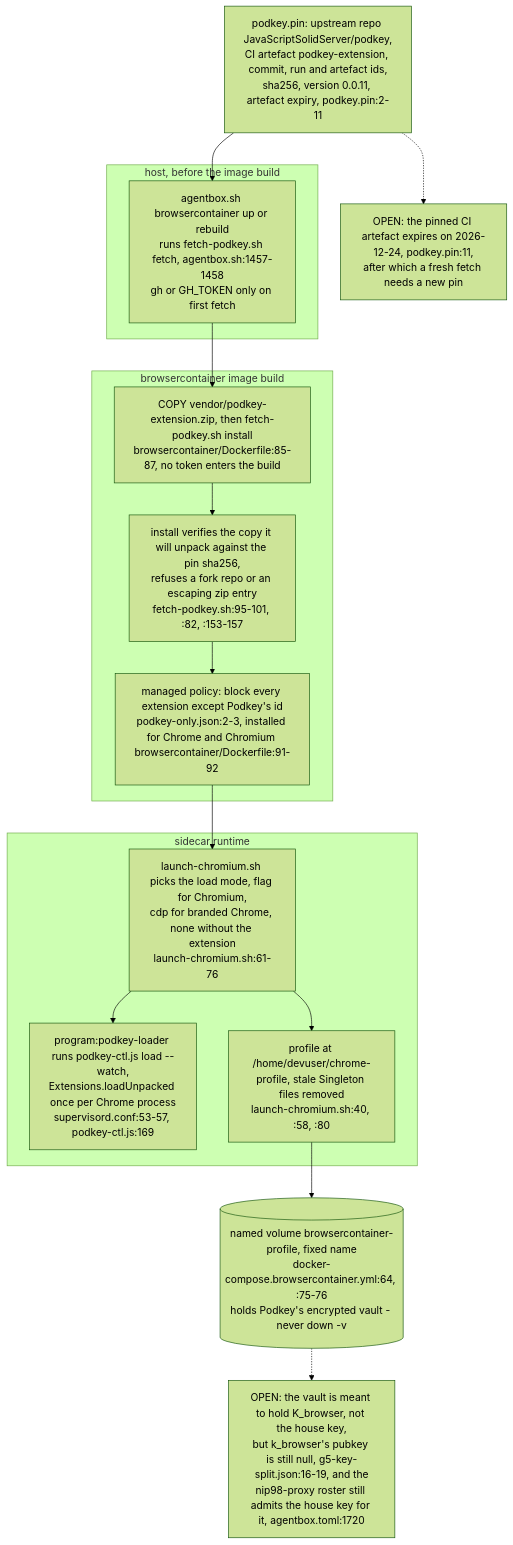
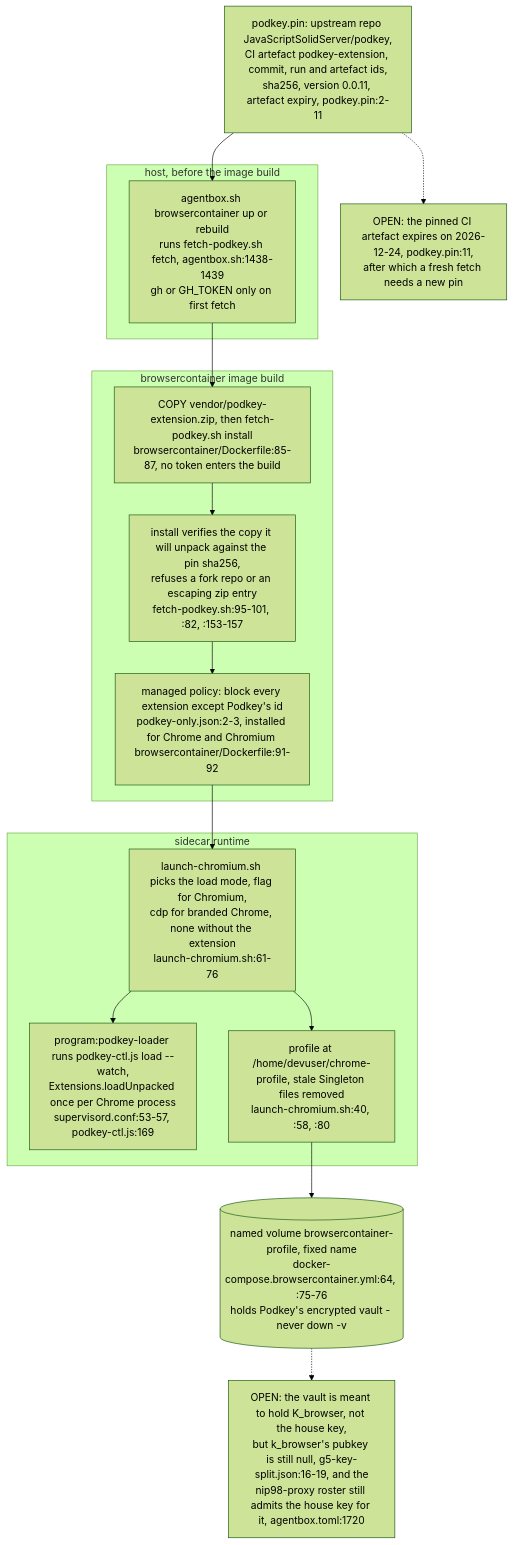
One commit to DreamLab-AI/VisionFlow changed diagram 12 of 13 in docs/diagrams/agentbox/06-sidecars-and-compose-overlays.md. Above: the diagram before and after it, drawn with Mermaid (forest theme). The commit also changed other lines of this file and 111 other files, not shown here.

Commit message:
docs(diagrams): align estate maps with current source

````diff
--- a/docs/diagrams/agentbox/06-sidecars-and-compose-overlays.md
+++ b/docs/diagrams/agentbox/06-sidecars-and-compose-overlays.md
@@ -342,22 +342,22 @@
 ```mermaid
 flowchart TB
     PIN["podkey.pin: upstream repo JavaScriptSolidServer/podkey,<br/>CI artefact podkey-extension, commit, run and artefact ids,<br/>sha256, version 0.0.11, artefact expiry, podkey.pin:2-11"]
     subgraph HOST["host, before the image build"]
-        F1["agentbox.sh browsercontainer up or rebuild<br/>runs fetch-podkey.sh fetch, agentbox.sh:1457-1458<br/>gh or GH_TOKEN only on first fetch"]
+        F1["agentbox.sh browsercontainer up or rebuild<br/>runs fetch-podkey.sh fetch, agentbox.sh:1438-1439<br/>gh or GH_TOKEN only on first fetch"]
     end
     subgraph IMG["browsercontainer image build"]
         D1["COPY vendor/podkey-extension.zip, then fetch-podkey.sh install<br/>browsercontainer/Dockerfile:85-87, no token enters the build"]
         D2["install verifies the copy it will unpack against the pin sha256,<br/>refuses a fork repo or an escaping zip entry<br/>fetch-podkey.sh:95-101, :82, :153-157"]
         D3["managed policy: block every extension except Podkey's id<br/>podkey-only.json:2-3, installed for Chrome and Chromium browsercontainer/Dockerfile:91-92"]
     end
     subgraph RUN["sidecar runtime"]
         L1["launch-chromium.sh picks the load mode, flag for Chromium,<br/>cdp for branded Chrome, none without the extension<br/>launch-chromium.sh:61-76"]
         L2["program:podkey-loader runs podkey-ctl.js load --watch,<br/>Extensions.loadUnpacked once per Chrome process<br/>supervisord.conf:53-57, podkey-ctl.js:169"]
         L3["profile at /home/devuser/chrome-profile, stale Singleton files removed<br/>launch-chromium.sh:40, :58, :80"]
     end
     VOL[("named volume browsercontainer-profile, fixed name<br/>docker-compose.browsercontainer.yml:64, :75-76<br/>holds Podkey's encrypted vault - never down -v")]
     PIN --> F1 --> D1 --> D2 --> D3 --> L1 --> L2
     L1 --> L3 --> VOL
     VOL -.-> OPEN1["OPEN: the vault is meant to hold K_browser, not the house key,<br/>but k_browser's pubkey is still null, g5-key-split.json:16-19, and the<br/>nip98-proxy roster still admits the house key for it, agentbox.toml:1720"]
     PIN -.-> OPEN2["OPEN: the pinned CI artefact expires on 2026-12-24, podkey.pin:11,<br/>after which a fresh fetch needs a new pin"]
 ```
````
